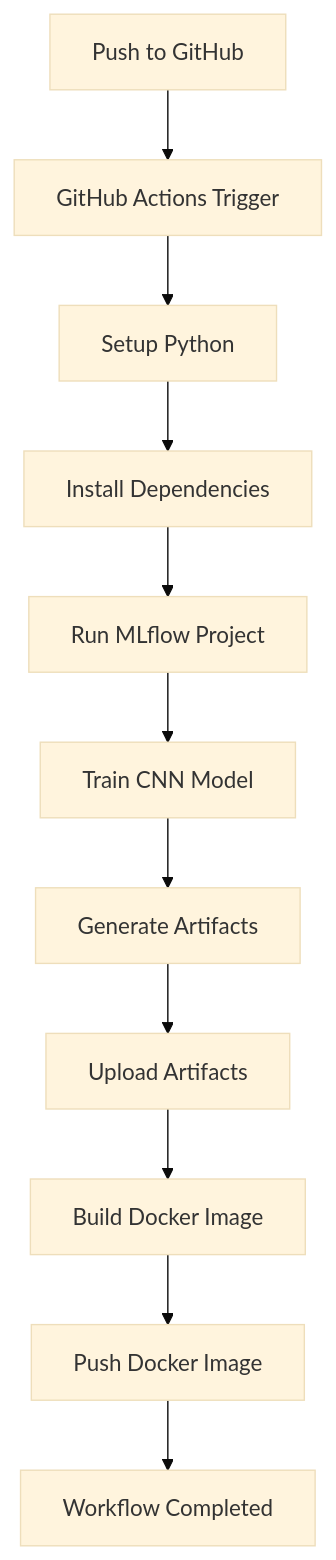
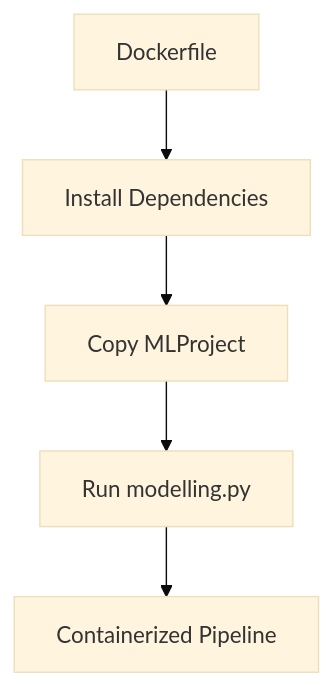
Before and after one commit to muharifandi/Workflow-CI: the third of 4 diagrams in README.md, drawn with Mermaid (base theme). The commit also changed other lines of this file and 1 other file, not shown here.

````diff
--- a/README.md
+++ b/README.md
@@ -185,25 +150,13 @@
 ```mermaid
 graph TD
 
-A[Push to GitHub]
+A[Dockerfile]
 
-A --> B[GitHub Actions Trigger]
+A --> B[Install Dependencies]
 
-B --> C[Setup Python]
+B --> C[Copy MLProject]
 
-C --> D[Install Dependencies]
+C --> D[Run modelling.py]
 
-D --> E[Run MLflow Project]
-
-E --> F[Train CNN Model]
-
-F --> G[Generate Artifacts]
-
-G --> H[Upload Artifacts]
-
-H --> I[Build Docker Image]
-
-I --> J[Push Docker Image]
-
-J --> K[Workflow Completed]
+D --> E[Containerized Pipeline]
 ```
````
